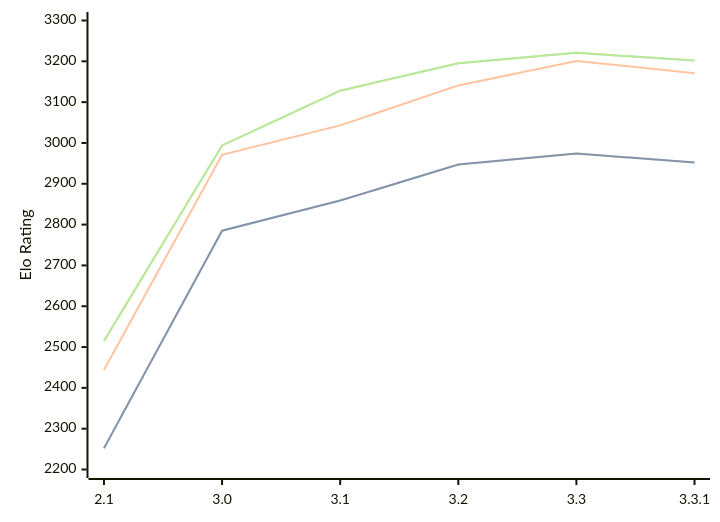
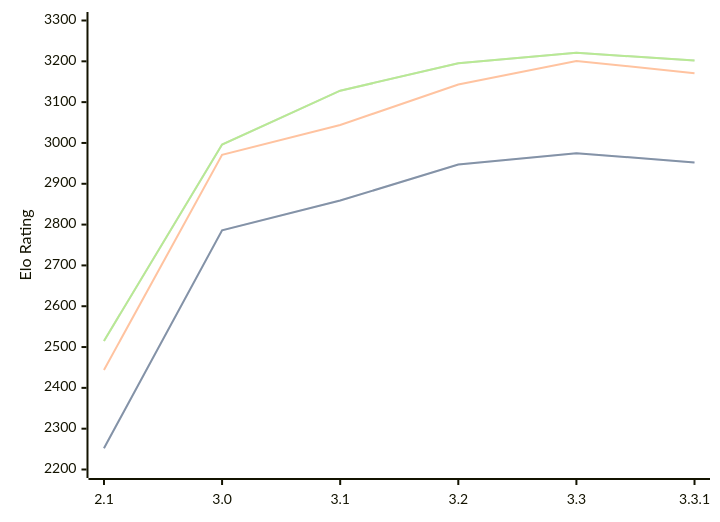
Before and after one commit to computer-chess-index/cci: the diagram in engines/Petrel.md, drawn with Mermaid. The commit also changed other lines of this file, not shown here.

Commit message:
Update CCI Ratings (ELO VLTC) - 2026-04-12

````diff
--- a/engines/Petrel.md
+++ b/engines/Petrel.md
@@ -45,11 +45,11 @@
 ```mermaid
 %%{init: {"theme":"base","themeVariables":{"seriesColors:['#a3a3a3','#222221','#faa371']}}}%%
 xychart-beta
   x-axis ["2.1", "3.0", "3.1", "3.2", "3.3", "3.3.1"]
   y-axis "Elo Rating" 2200 --> 3300
-  line "STC (8.0+0.08s)" [2252, 2785, 2859, 2947, 2974, 2952]
-  line "STC (8.0+0.08s)" [2252, 2785, 2859, 2947, 2974, 2952]
-  line "LTC (60.0+0.60s)" [2444, 2971, 3043, 3141, 3201, 3171]
-  line "VLTC (2m24s+1.12s)" [2515, 2994, 3128, 3195, 3221, 3202]
-  line "VLTC (2m24s+1.12s)" [2515, 2994, 3128, 3195, 3221, 3202]
+  line "STC (8.0+0.08s)" [2252, 2786, 2859, 2947, 2975, 2952]
+  line "STC (8.0+0.08s)" [2252, 2786, 2859, 2947, 2975, 2952]
+  line "LTC (60.0+0.60s)" [2444, 2971, 3044, 3143, 3201, 3171]
+  line "VLTC (2m24s+1.12s)" [2515, 2996, 3128, 3195, 3221, 3202]
+  line "VLTC (2m24s+1.12s)" [2515, 2996, 3128, 3195, 3221, 3202]
 ```
````
